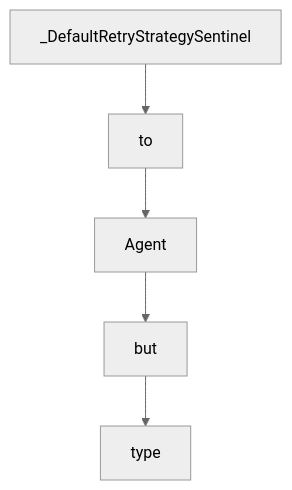
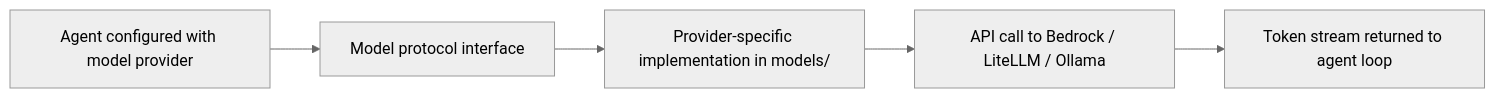
One commit to johnxie/awesome-code-docs changed the diagram in tutorials/strands-agents-tutorial/04-model-providers-and-runtime-strategy.md. Above: the diagram before and after it, drawn with Mermaid (neutral theme). The commit also changed other lines of this file and 1232 other files, not shown here.

````diff
--- a/tutorials/strands-agents-tutorial/04-model-providers-and-runtime-strategy.md
+++ b/tutorials/strands-agents-tutorial/04-model-providers-and-runtime-strategy.md
@@ -210,12 +55,7 @@
 ```mermaid
-flowchart TD
-    A[_DefaultRetryStrategySentinel]
-    B[to]
-    C[Agent]
-    D[but]
-    E[type]
-    A --> B
-    B --> C
-    C --> D
-    D --> E
+flowchart LR
+    A[Agent configured with model provider] --> B[Model protocol interface]
+    B --> C[Provider-specific implementation in models/]
+    C --> D[API call to Bedrock / LiteLLM / Ollama]
+    D --> E[Token stream returned to agent loop]
 ```
````
